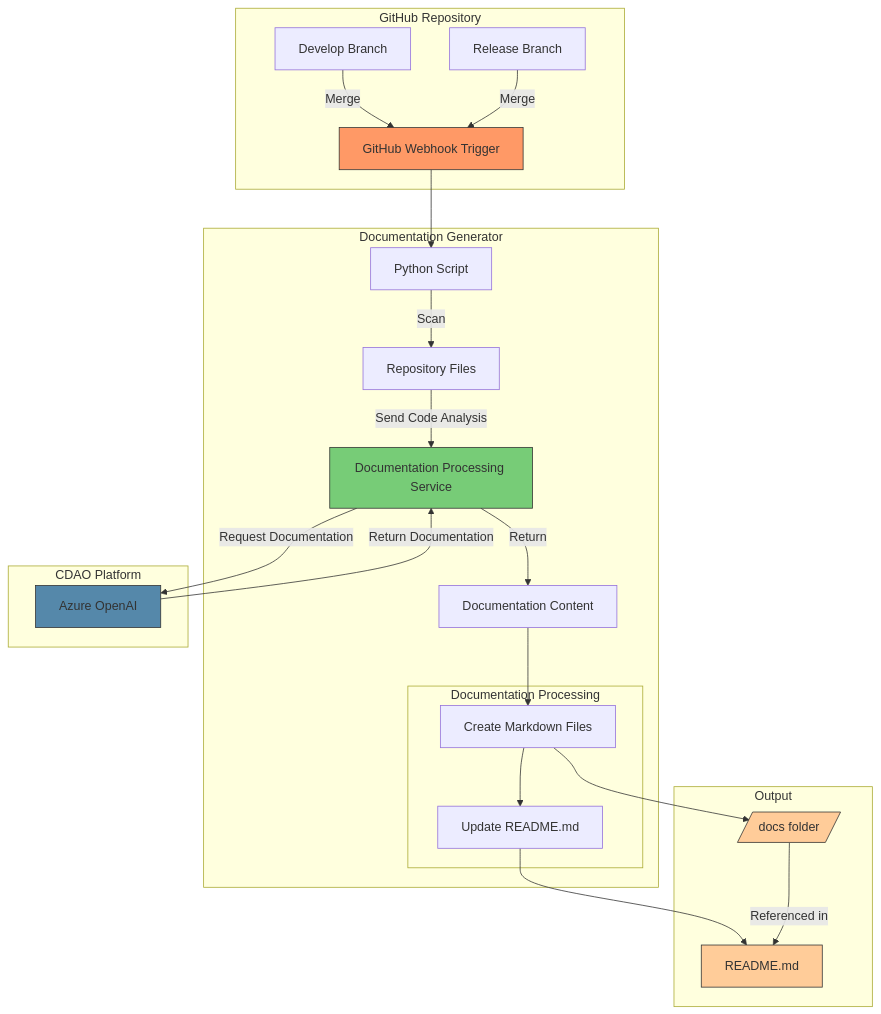
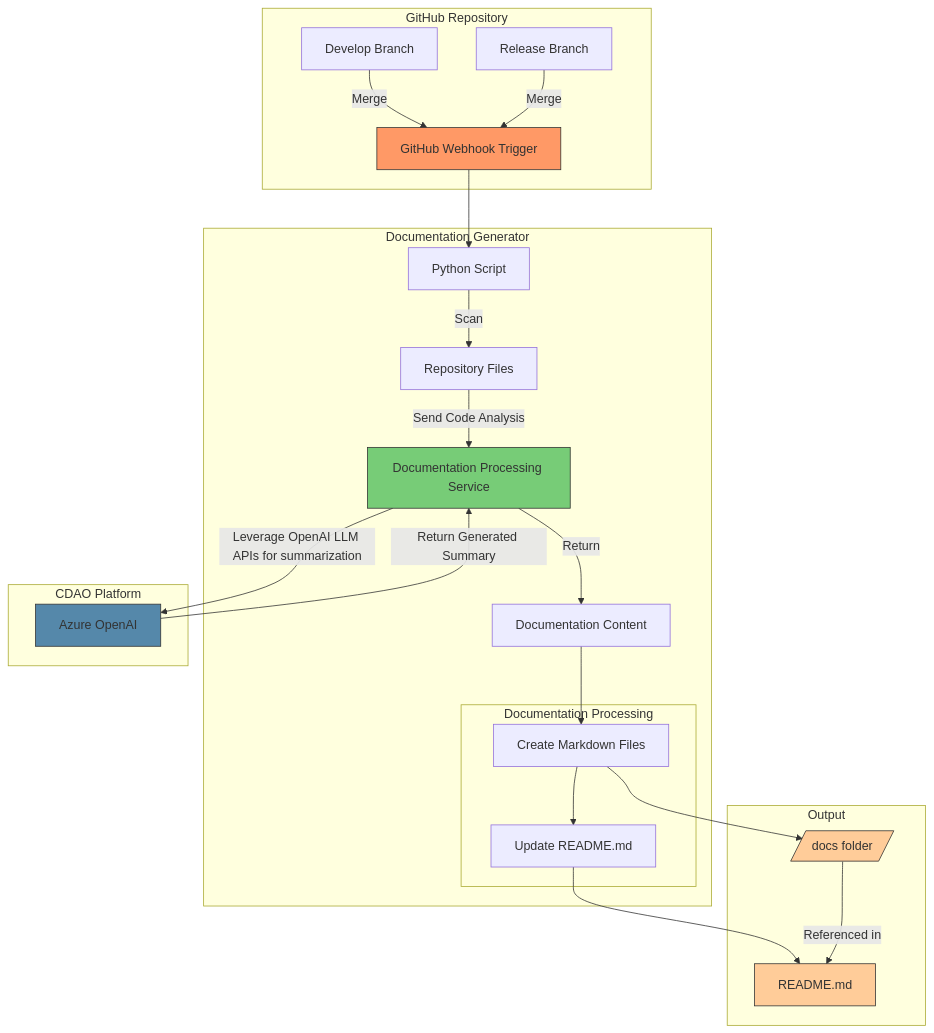
The diagram in output/test.md (MithunKiniStar/E-Commerce-Microservice-master), drawn with Mermaid before and after one commit. The commit also changed other lines of this file, not shown here.

````diff
--- a/output/test.md
+++ b/output/test.md
@@ -3,41 +3,41 @@
 ```mermaid
 graph TB
     subgraph "GitHub Repository"
         B1[Develop Branch] --> |Merge| T1
         B2[Release Branch] --> |Merge| T1
         T1[GitHub Webhook Trigger]
     end
 
     subgraph "Documentation Generator"
         T1 --> P1[Python Script]
         P1 --> |Scan| F1[Repository Files]
         F1 --> |Send Code Analysis| C1
         
         D1[Documentation Content] --> D2[Create Markdown Files]
         
         subgraph "Documentation Processing"
             D2 --> D3[Update README.md]
         end
     end
 
     subgraph "CDAO Platform"
         C1[Documentation Processing Service]
         AO[Azure OpenAI]
-        C1 --> |Request Documentation| AO
-        AO --> |Return Documentation| C1
+        C1 --> |Leverage OpenAI LLM APIs for summarization| AO
+        AO --> |Return Generated Summary| C1
     end
 
     C1 --> |Return| D1
 
     subgraph "Output"
         D2 --> O1[/docs folder/]
         D3 --> O2[README.md]
         O1 --> |Referenced in| O2
     end
 
     style T1 fill:#f96,stroke:#333
     style C1 fill:#7c7,stroke:#333
     style AO fill:#58a,stroke:#333
     style O1 fill:#fc9,stroke:#333
     style O2 fill:#fc9,stroke:#333
 ```
````
